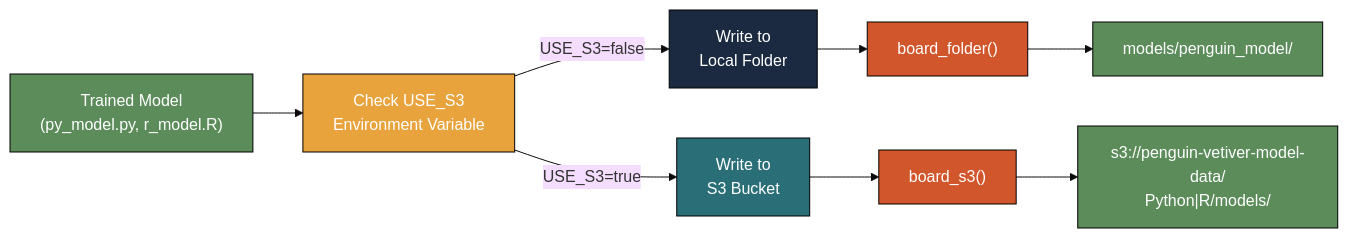
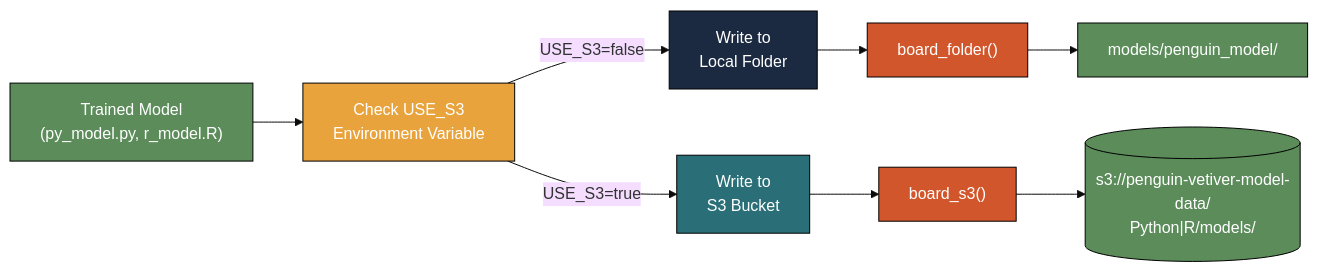
Before and after one commit to mjfrigaard/do4ds-labs: the first of 2 diagrams in s3-data.qmd, drawn with Mermaid. The commit also changed other lines of this file and 28 other files, not shown here.

Commit message:
updates to mermaids

````diff
--- a/s3-data.qmd
+++ b/s3-data.qmd
@@ -172,29 +172,29 @@
 ```{mermaid}
 %%| fig-cap: 'Model Push (Write) Flow'
 %%| fig-width: 7.0
 %%| fig-align: 'center'
 %%{init: {'theme': 'base', 'themeVariables': {'fontFamily': 'monospace'}}}%%
 
 graph LR
     Model["Trained Model<br/>(py_model.py, r_model.R)"]
     Check["Check USE_S3<br/>Environment Variable"]
     Model --> Check
 
     Check -->|USE_S3=false| Local["Write to<br/>Local Folder"]
     Check -->|USE_S3=true| S3["Write to<br/>S3 Bucket"]
 
     Local --> LocalBoard["board_folder()"]
     S3 --> S3Board["board_s3()"]
 
     LocalBoard --> LocalPath["models/penguin_model/"]
-    S3Board --> S3Path["s3://penguin-vetiver-model-data/<br/>Python|R/models/"]
+    S3Board --> S3Path[("s3://penguin-vetiver-model-data/<br/>Python|R/models/")]
 
     style Model fill:#5B8C5A,stroke:#000000,stroke-width:1px,color:#ffffff
     style Check fill:#E8A33D,stroke:#000000,stroke-width:1px,color:#ffffff
     style Local fill:#1B2A41,stroke:#000000,stroke-width:1px,color:#ffffff
     style S3 fill:#2A6F77,stroke:#000000,stroke-width:1px,color:#ffffff
     style LocalBoard fill:#D2562B,stroke:#000000,stroke-width:1px,color:#ffffff
     style S3Board fill:#D2562B,stroke:#000000,stroke-width:1px,color:#ffffff
     style LocalPath fill:#5B8C5A,stroke:#000000,stroke-width:1px,color:#ffffff
     style S3Path fill:#5B8C5A,stroke:#000000,stroke-width:1px,color:#ffffff
 ```
````
